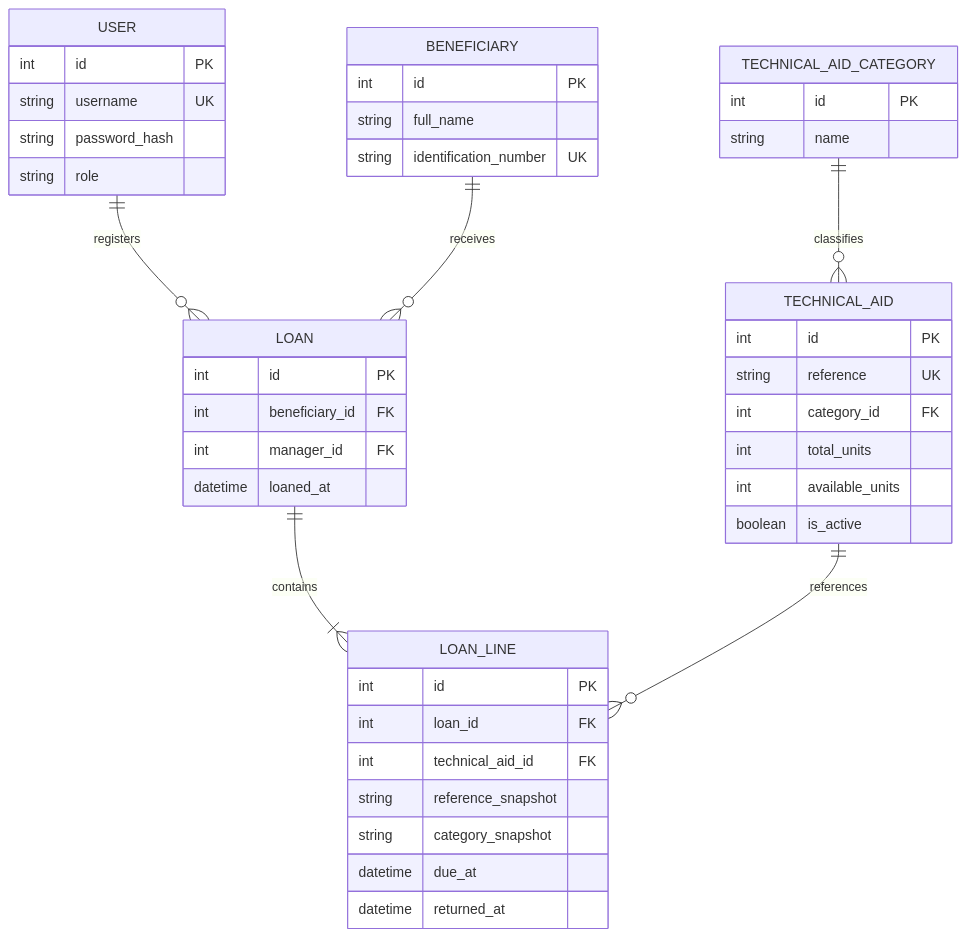
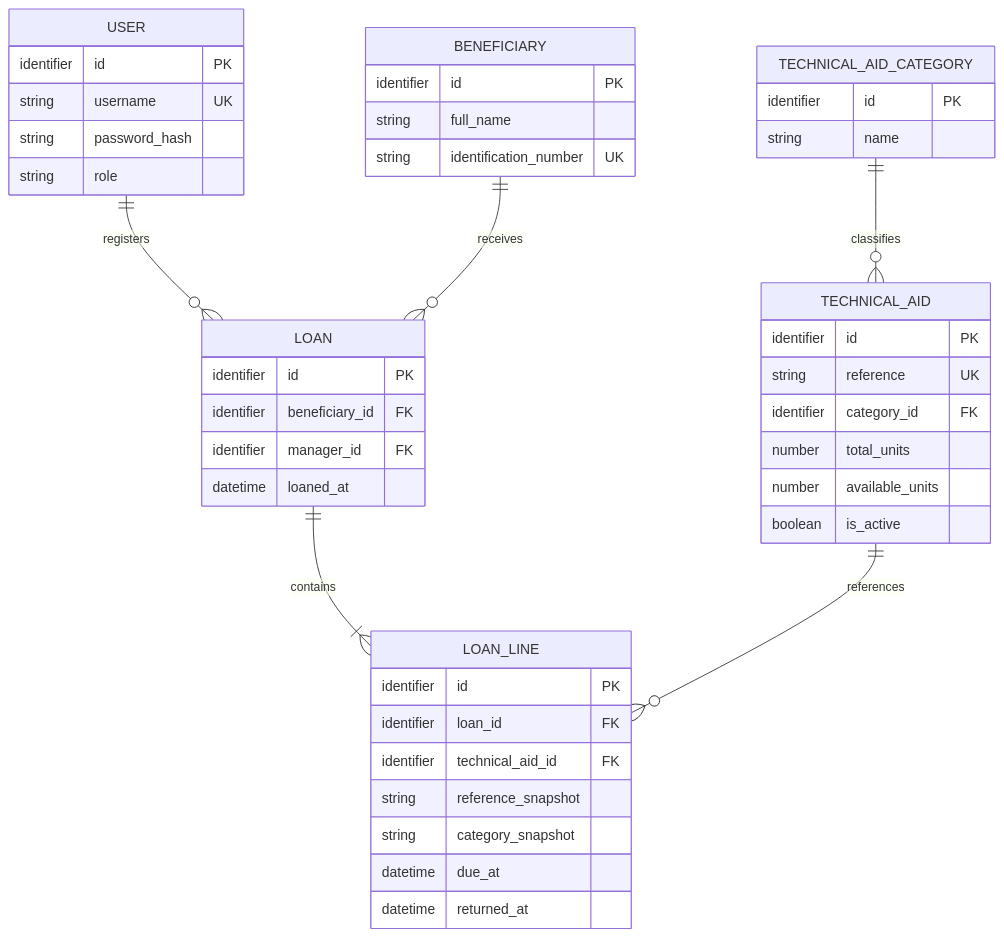
Before and after one commit to fierroestiven6-cell/ADSO-3239137: the diagram in 03-execute/23-week/plan-mejoramiento/docs/data-model.md, drawn with Mermaid. The commit also changed other lines of this file and 114 other files, not shown here.

````diff
--- a/03-execute/23-week/plan-mejoramiento/docs/data-model.md
+++ b/03-execute/23-week/plan-mejoramiento/docs/data-model.md
@@ -153,52 +210,52 @@
 ```mermaid
 erDiagram
     USER ||--o{ LOAN : registers
     BENEFICIARY ||--o{ LOAN : receives
     LOAN ||--|{ LOAN_LINE : contains
     TECHNICAL_AID ||--o{ LOAN_LINE : references
     TECHNICAL_AID_CATEGORY ||--o{ TECHNICAL_AID : classifies
 
     USER {
-        int id PK
+        identifier id PK
         string username UK
         string password_hash
         string role
     }
 
     BENEFICIARY {
-        int id PK
+        identifier id PK
         string full_name
         string identification_number UK
     }
 
     TECHNICAL_AID_CATEGORY {
-        int id PK
+        identifier id PK
         string name
     }
 
     TECHNICAL_AID {
-        int id PK
+        identifier id PK
         string reference UK
-        int category_id FK
-        int total_units
-        int available_units
+        identifier category_id FK
+        number total_units
+        number available_units
         boolean is_active
     }
 
     LOAN {
-        int id PK
-        int beneficiary_id FK
-        int manager_id FK
+        identifier id PK
+        identifier beneficiary_id FK
+        identifier manager_id FK
         datetime loaned_at
     }
 
     LOAN_LINE {
-        int id PK
-        int loan_id FK
-        int technical_aid_id FK
+        identifier id PK
+        identifier loan_id FK
+        identifier technical_aid_id FK
         string reference_snapshot
         string category_snapshot
         datetime due_at
         datetime returned_at
     }
 ```
````
